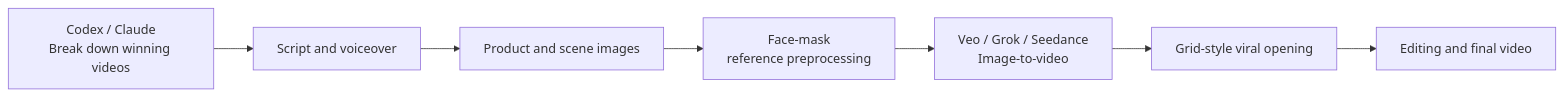
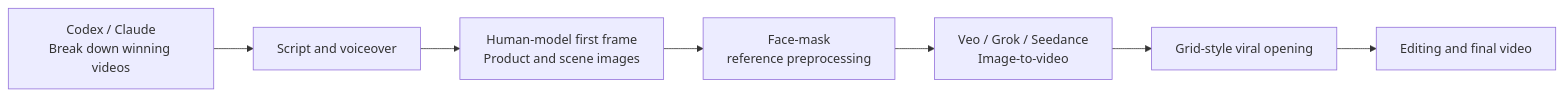
One commit to Longxiaohao/AIvideo changed the diagram in README.en.md. Above: the diagram before and after it, drawn with Mermaid. The commit also changed other lines of this file and 6 other files, not shown here.

Commit message:
Add human model first-frame module

````diff
--- a/README.en.md
+++ b/README.en.md
@@ -32,9 +32,9 @@
 ```mermaid
 flowchart LR
     A["Codex / Claude<br/>Break down winning videos"] --> B["Script and voiceover"]
-    B --> C["Product and scene images"]
+    B --> C["Human-model first frame<br/>Product and scene images"]
     C --> D["Face-mask<br/>reference preprocessing"]
     D --> E["Veo / Grok / Seedance<br/>Image-to-video"]
     E --> F["Grid-style viral opening"]
     F --> G["Editing and final video"]
 ```
````
